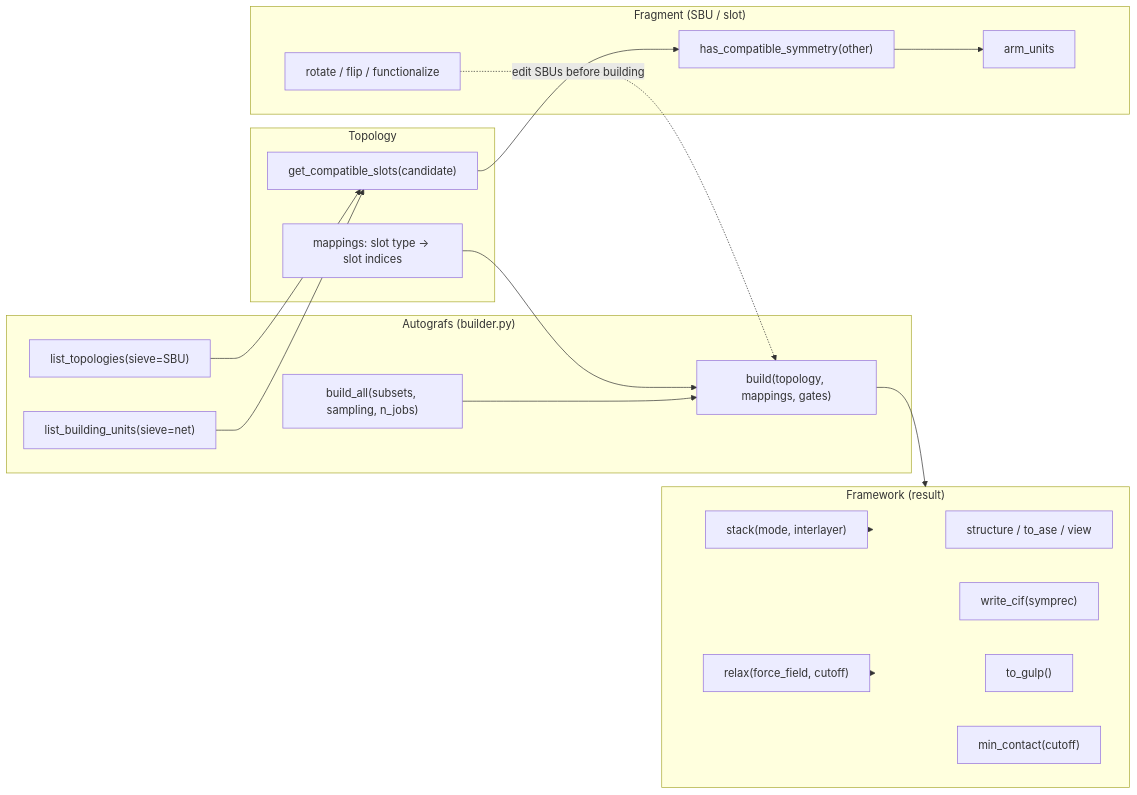
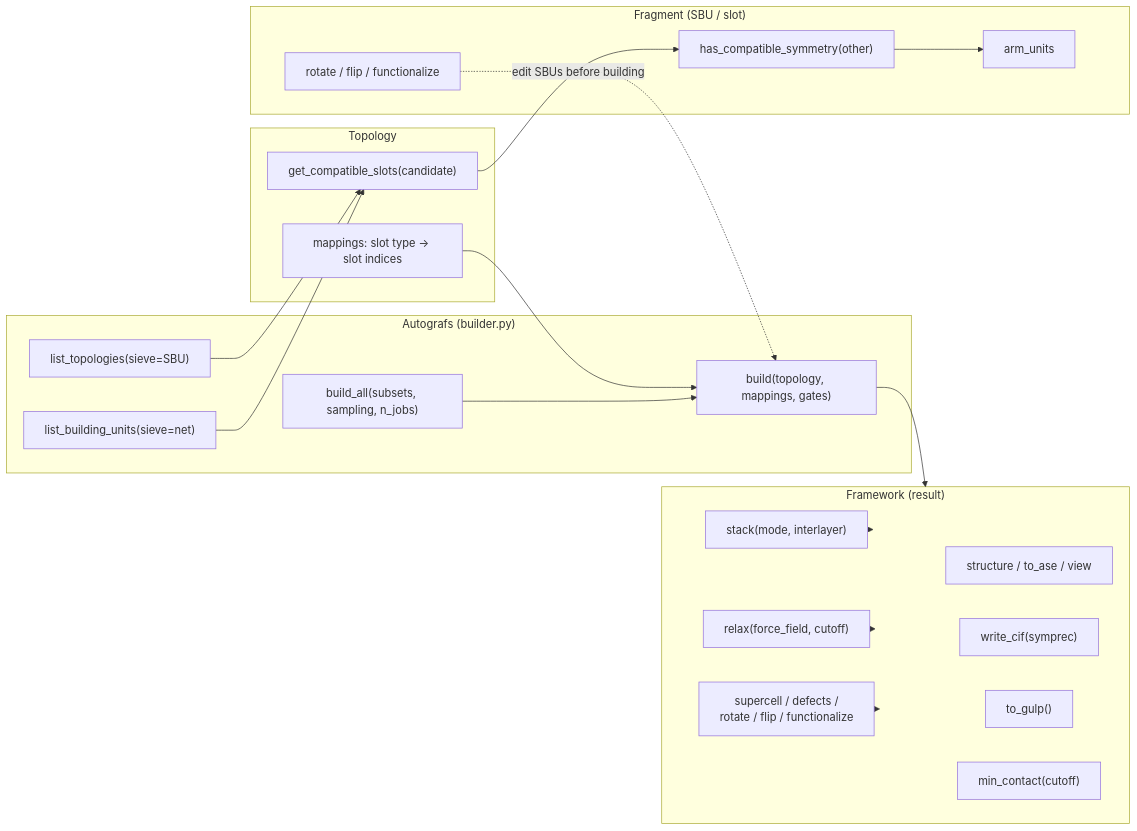
The second of 3 diagrams in README.md (DCoupry/autografs), drawn with Mermaid before and after one commit. The commit also changed other lines of this file and 2 other files, not shown here.

First line of the commit message:
Docs for post-build editing; roadmap reaches 2.x parity

````diff
--- a/README.md
+++ b/README.md
@@ -287,36 +287,38 @@
 ```mermaid
 flowchart LR
     subgraph AG["Autografs  (builder.py)"]
         LT["list_topologies(sieve=SBU)"]
         LB["list_building_units(sieve=net)"]
         BD["build(topology, mappings, gates)"]
         BA["build_all(subsets, sampling, n_jobs)"]
     end
     subgraph TP["Topology"]
         TM["mappings: slot type &rarr; slot indices"]
         CS["get_compatible_slots(candidate)"]
     end
     subgraph FR["Fragment  (SBU / slot)"]
         AU["arm_units"]
         HC["has_compatible_symmetry(other)"]
         ED["rotate / flip / functionalize"]
     end
     subgraph FW["Framework  (result)"]
         ST["structure / to_ase / view"]
         WC["write_cif(symprec)"]
         TG["to_gulp()"]
         MC["min_contact(cutoff)"]
         RX["relax(force_field, cutoff)"]
         SK["stack(mode, interlayer)"]
+        PE["supercell / defects /<br/>rotate / flip / functionalize"]
     end
     LT --> CS
     LB --> CS
     CS --> HC
     HC --> AU
     ED -. "edit SBUs before building" .-> BD
     TM --> BD
     BA --> BD
     BD --> FW
     SK --> FW
     RX --> FW
+    PE --> FW
 ```
````
